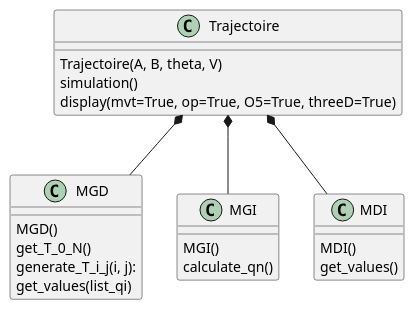
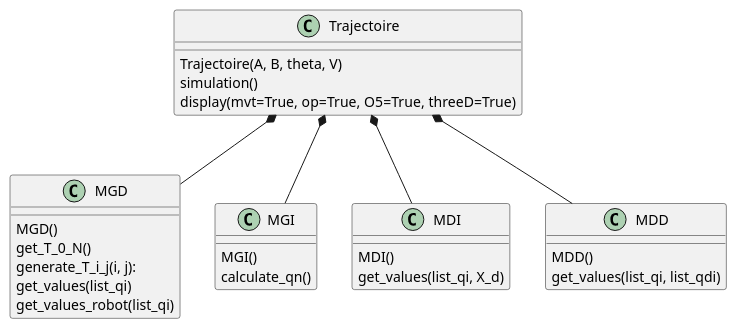
One commit to JulianT31/BE-Trajectoire changed the diagram in uml.puml. Above: the diagram before and after it, drawn with PlantUML. The commit also changed 9 other files, not shown here.

```diff
--- a/uml.puml
+++ b/uml.puml
@@ -1,32 +1,40 @@
 @startuml
 'https://plantuml.com/class-diagram
 
 Trajectoire *-- MGD
 Trajectoire *-- MGI
 Trajectoire *-- MDI
+Trajectoire *-- MDD
 
 class Trajectoire {
 Trajectoire(A, B, theta, V)
 simulation()
 display(mvt=True, op=True, O5=True, threeD=True)
 }
 
 class MGI {
 MGI()
 calculate_qn()
 }
 
 class MGD {
 MGD()
 get_T_0_N()
 generate_T_i_j(i, j):
 get_values(list_qi)
+get_values_robot(list_qi)
 }
+
+class MDD {
+MDD()
+get_values(list_qi, list_qdi)
+}
+
 
 class MDI {
 MDI()
-get_values()
+get_values(list_qi, X_d)
 }
 
 
 @enduml
```
